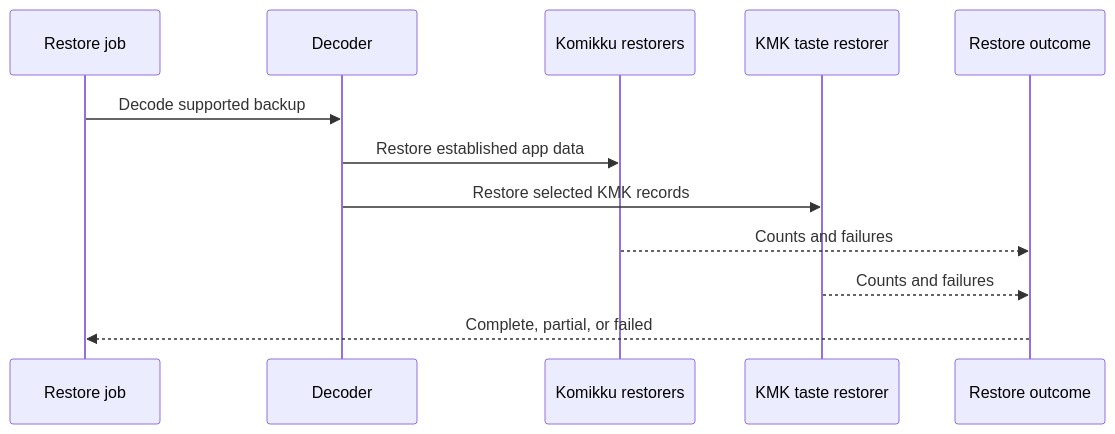
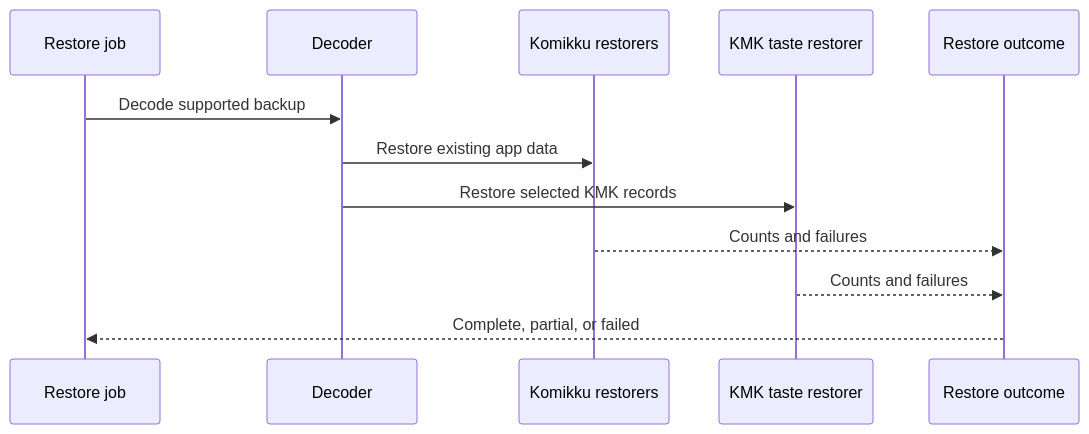
One commit to FancyCorey/komikku-KMK changed the second of 4 diagrams in docs/kmk/diagrams/backup-and-portability.md. Above: the diagram before and after it, drawn with Mermaid. The commit also changed other lines of this file and 23 other files, not shown here.

````diff
--- a/docs/kmk/diagrams/backup-and-portability.md
+++ b/docs/kmk/diagrams/backup-and-portability.md
@@ -22,14 +22,14 @@
 ```mermaid
 sequenceDiagram
     participant Job as Restore job
     participant Decoder
     participant Core as Komikku restorers
     participant KMK as KMK taste restorer
     participant Result as Restore outcome
     Job->>Decoder: Decode supported backup
-    Decoder->>Core: Restore established app data
+    Decoder->>Core: Restore existing app data
     Decoder->>KMK: Restore selected KMK records
     Core-->>Result: Counts and failures
     KMK-->>Result: Counts and failures
     Result-->>Job: Complete, partial, or failed
 ```
````
